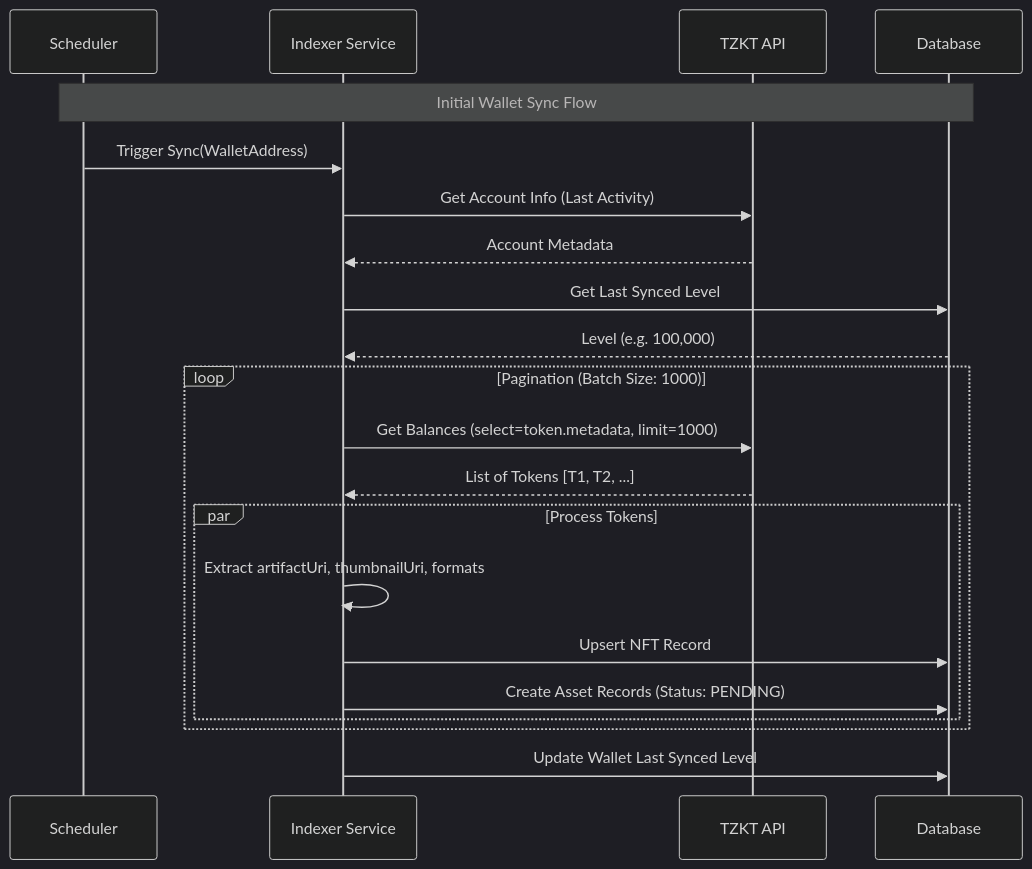
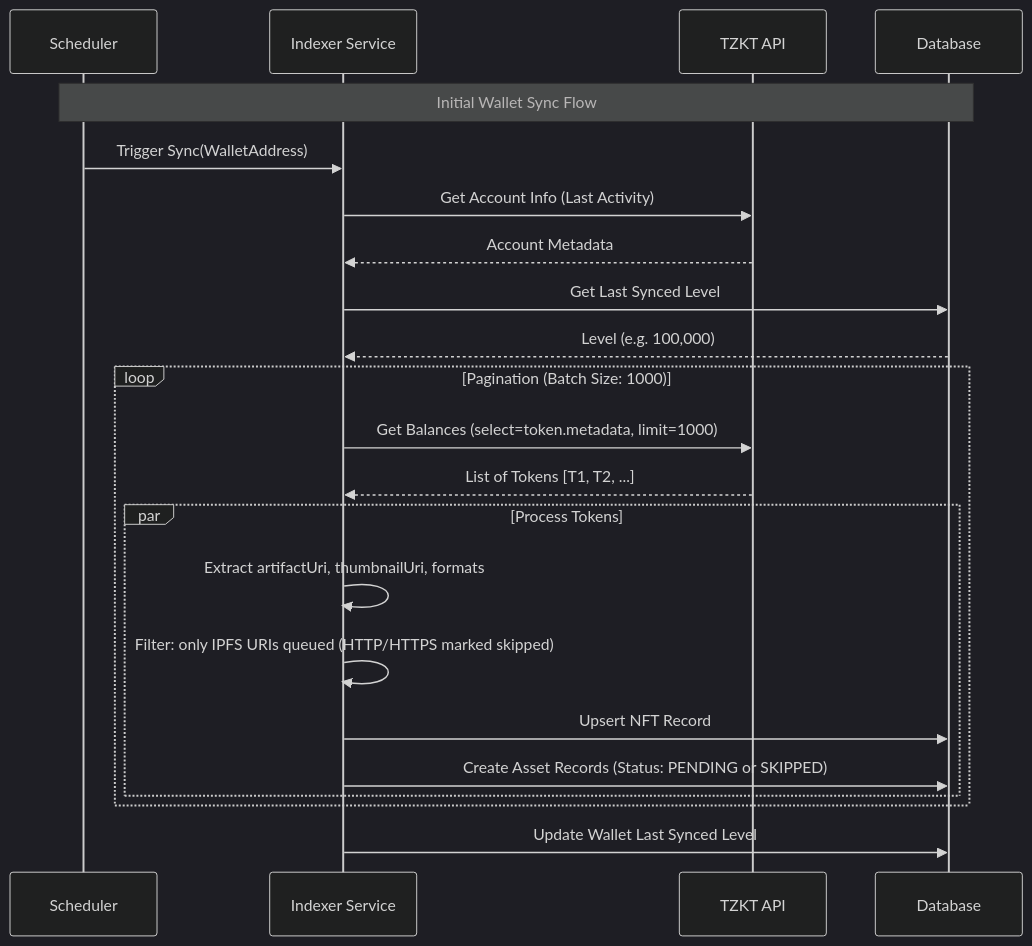
Before and after one commit to skullzarmy/porcupin-ipfs-backup-node: the second of 4 diagrams in docs/architecture.md, drawn with Mermaid (dark theme). The commit also changed other lines of this file and 9 other files, not shown here.

````diff
--- a/docs/architecture.md
+++ b/docs/architecture.md
@@ -84,29 +85,30 @@
 ```mermaid
 sequenceDiagram
     participant S as Scheduler
     participant I as Indexer Service
     participant T as TZKT API
     participant D as Database
 
     Note over S, D: Initial Wallet Sync Flow
 
     S->>I: Trigger Sync(WalletAddress)
     I->>T: Get Account Info (Last Activity)
     T-->>I: Account Metadata
 
     I->>D: Get Last Synced Level
     D-->>I: Level (e.g. 100,000)
 
     loop Pagination (Batch Size: 1000)
         I->>T: Get Balances (select=token.metadata, limit=1000)
         T-->>I: List of Tokens [T1, T2, ...]
 
         par Process Tokens
             I->>I: Extract artifactUri, thumbnailUri, formats
+            I->>I: Filter: only IPFS URIs queued (HTTP/HTTPS marked skipped)
             I->>D: Upsert NFT Record
-            I->>D: Create Asset Records (Status: PENDING)
+            I->>D: Create Asset Records (Status: PENDING or SKIPPED)
         end
     end
 
     I->>D: Update Wallet Last Synced Level
 ```
````
